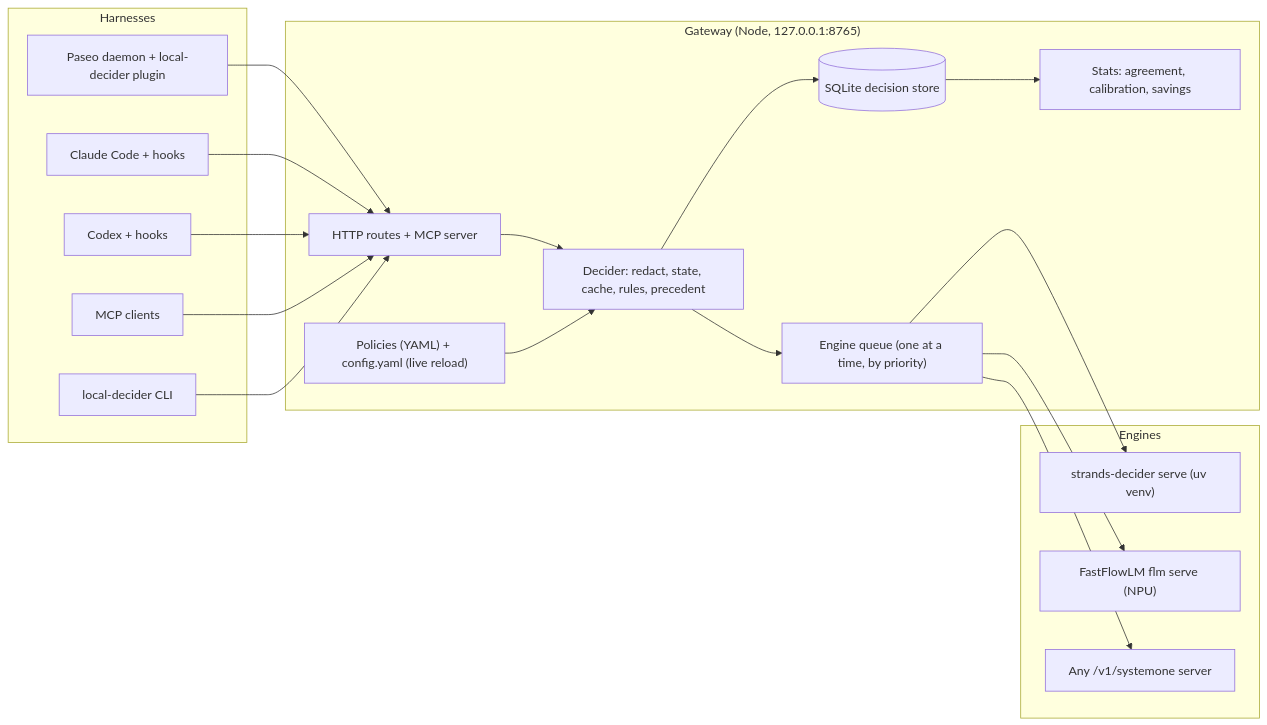
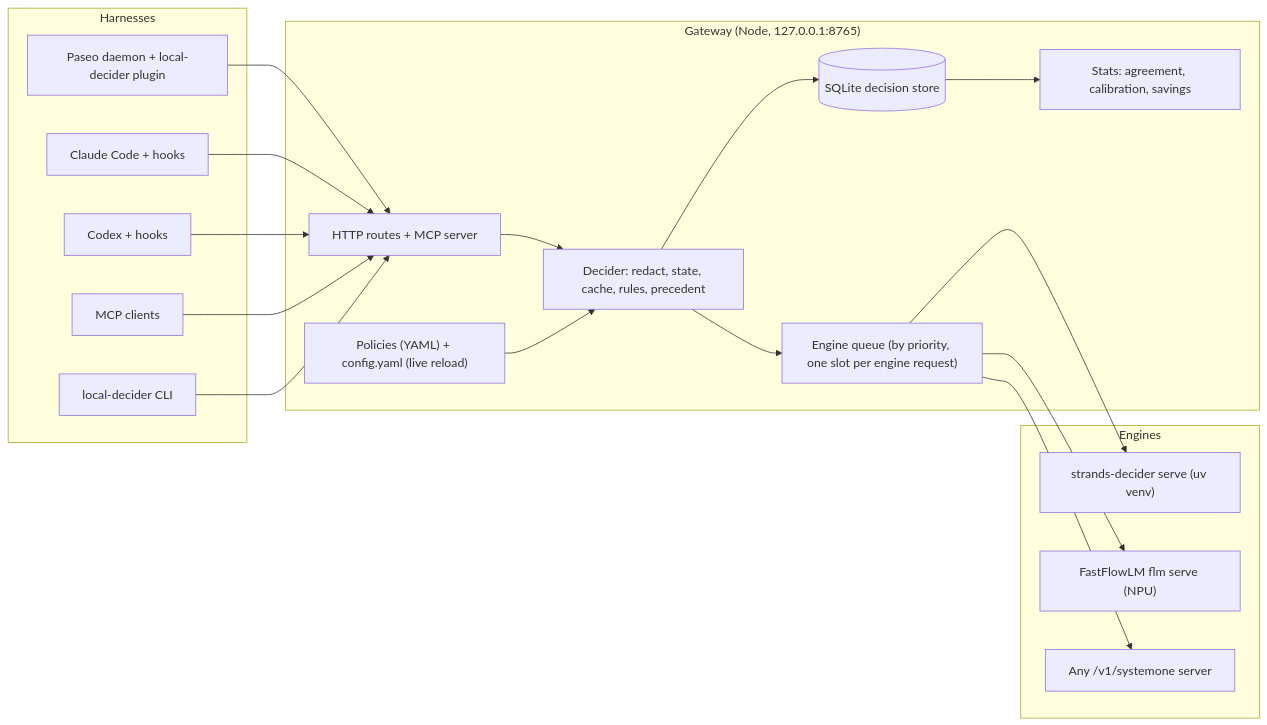
The first of 4 diagrams in docs/architecture.md (ziptie-soft/local-decider), drawn with Mermaid before and after one commit. The commit also changed other lines of this file and 24 other files, not shown here.

Commit message:
feat(gateway): scale queue slots with engine concurrency and refuse requests whose budgetMs the queue cannot meet

````diff
--- a/docs/architecture.md
+++ b/docs/architecture.md
@@ -9,36 +9,36 @@
 ```mermaid
 flowchart LR
   subgraph Harnesses
     PA["Paseo daemon + local-decider plugin"]
     CC["Claude Code + hooks"]
     CX["Codex + hooks"]
     MC["MCP clients"]
     CLI["local-decider CLI"]
   end
   subgraph Gateway["Gateway (Node, 127.0.0.1:8765)"]
     HTTP["HTTP routes + MCP server"]
     DEC["Decider: redact, state, cache, rules, precedent"]
     POL["Policies (YAML) + config.yaml (live reload)"]
-    Q["Engine queue (one at a time, by priority)"]
+    Q["Engine queue (by priority, one slot per engine request)"]
     LOG[("SQLite decision store")]
     ST["Stats: agreement, calibration, savings"]
   end
   subgraph Engines
     SD["strands-decider serve (uv venv)"]
     FL["FastFlowLM flm serve (NPU)"]
     RM["Any /v1/systemone server"]
   end
   PA --> HTTP
   CC --> HTTP
   CX --> HTTP
   MC --> HTTP
   CLI --> HTTP
   HTTP --> DEC
   POL --> DEC
   DEC --> Q
   Q --> SD
   Q --> FL
   Q --> RM
   DEC --> LOG
   LOG --> ST
 ```
````
